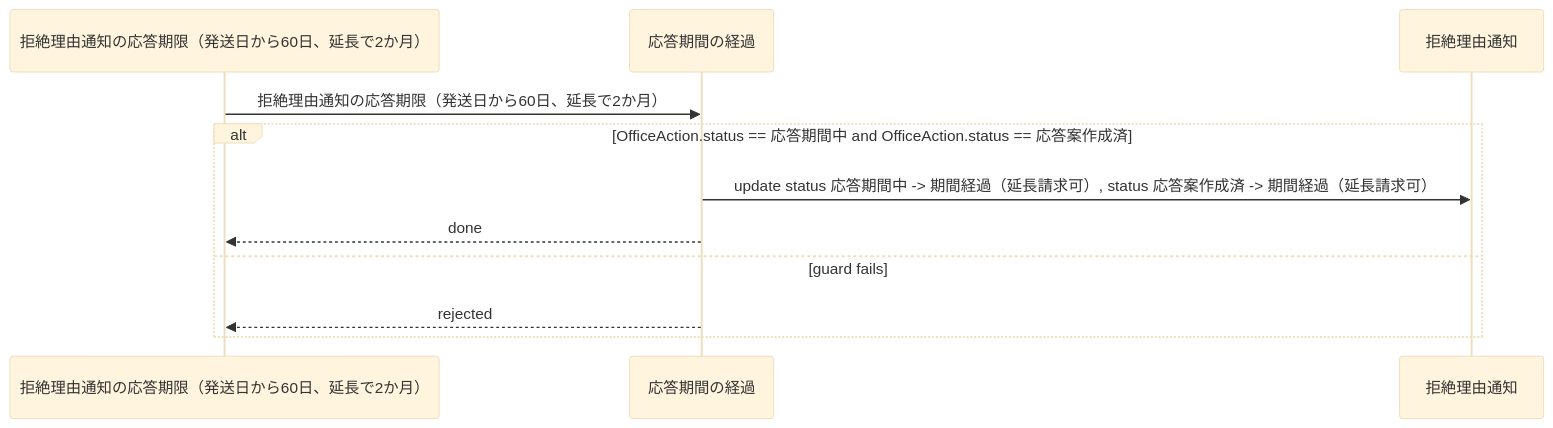
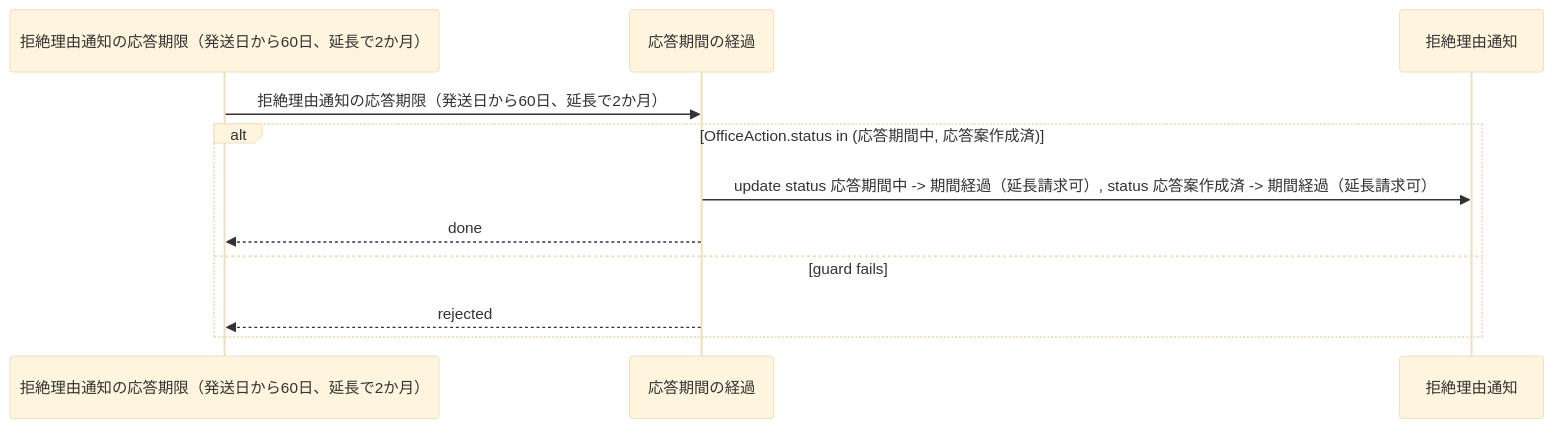
The diagram in samples/patent-ops/out/uc/sequence_ExpireResponseTerm.mmd (manji-0/rdra-ish-dsl), drawn with Mermaid (base theme) before and after one commit. The commit also changed 27 other files, not shown here.

```diff
--- a/samples/patent-ops/out/uc/sequence_ExpireResponseTerm.mmd
+++ b/samples/patent-ops/out/uc/sequence_ExpireResponseTerm.mmd
@@ -1,14 +1,14 @@
 %% rdra-ish diagram=sequence scope=usecase:ExpireResponseTerm model=samples/patent-ops
 %% kinds: timer usecase entity
 %% omitted: buc step
 sequenceDiagram
   participant timer__ResponseDeadline as 拒絶理由通知の応答期限（発送日から60日、延長で2か月）
   participant usecase__ExpireResponseTerm as 応答期間の経過
   participant entity__OfficeAction as 拒絶理由通知
   timer__ResponseDeadline ->> usecase__ExpireResponseTerm: 拒絶理由通知の応答期限（発送日から60日、延長で2か月）
-  alt OfficeAction.status == 応答期間中 and OfficeAction.status == 応答案作成済
+  alt OfficeAction.status in (応答期間中, 応答案作成済)
     usecase__ExpireResponseTerm ->> entity__OfficeAction: update status 応答期間中 -> 期間経過（延長請求可）, status 応答案作成済 -> 期間経過（延長請求可）
     usecase__ExpireResponseTerm -->> timer__ResponseDeadline: done
   else guard fails
     usecase__ExpireResponseTerm -->> timer__ResponseDeadline: rejected
   end
```
